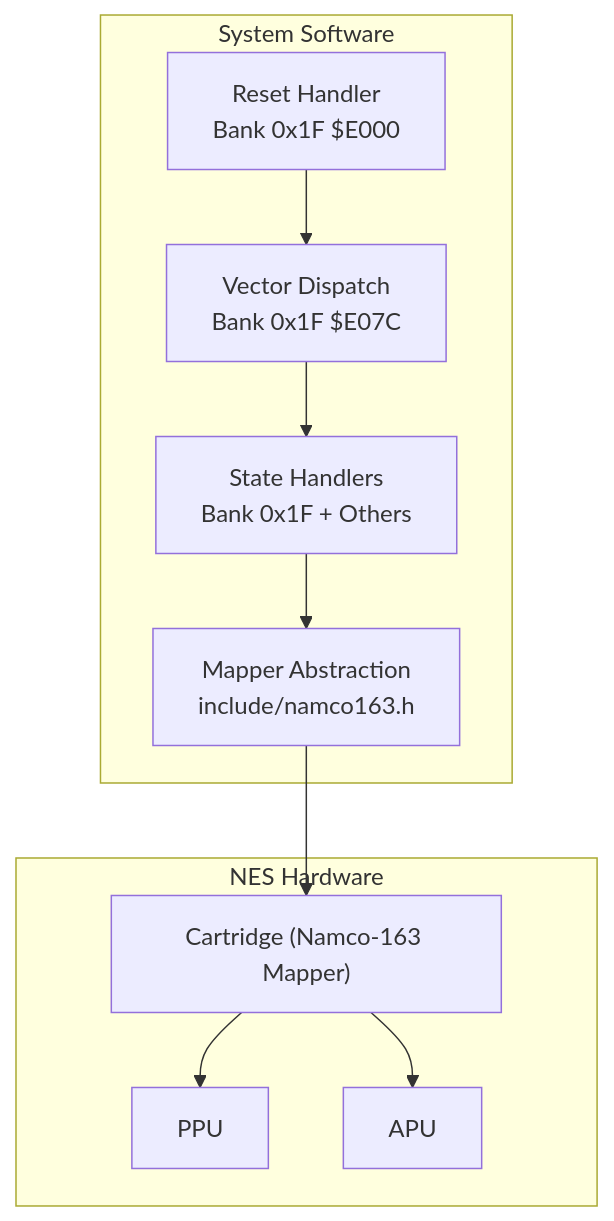
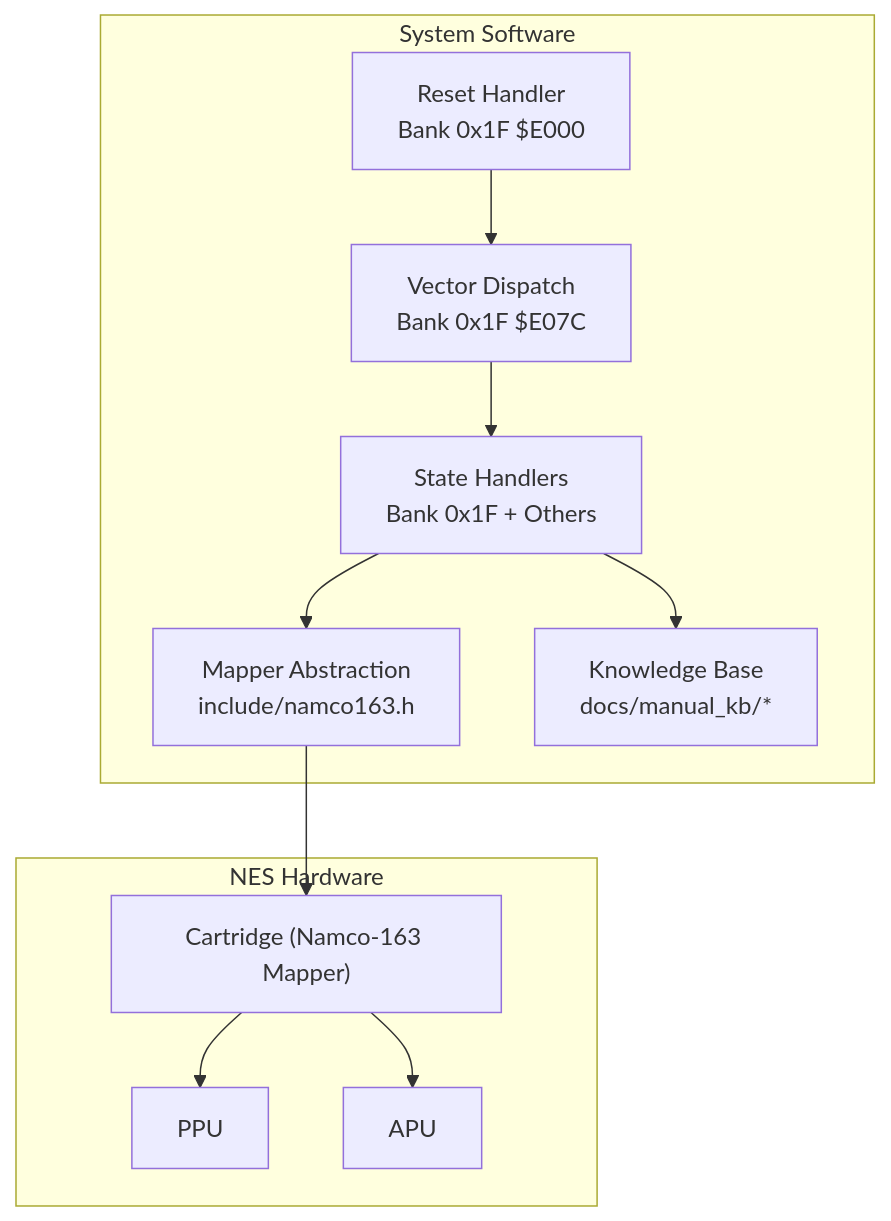
The second of 10 diagrams in .qoder/repowiki/en/content/Project Overview/Project Overview.md (rabbyzero/sango2dasm), drawn with Mermaid before and after one commit. The commit also changed other lines of this file and 117 other files, not shown here.

````diff
--- a/.qoder/repowiki/en/content/Project Overview/Project Overview.md
+++ b/.qoder/repowiki/en/content/Project Overview/Project Overview.md
@@ -117,20 +132,22 @@
 ```mermaid
 graph TB
 subgraph "NES Hardware"
 PPU["PPU"]
 APU["APU"]
 CART["Cartridge (Namco-163 Mapper)"]
 end
 subgraph "System Software"
 RST["Reset Handler<br/>Bank 0x1F $E000"]
 VEC["Vector Dispatch<br/>Bank 0x1F $E07C"]
 STATE["State Handlers<br/>Bank 0x1F + Others"]
 MAP["Mapper Abstraction<br/>include/namco163.h"]
+KB["Knowledge Base<br/>docs/manual_kb/*"]
 end
 RST --> VEC
 VEC --> STATE
 STATE --> MAP
+STATE --> KB
 MAP --> CART
 CART --> PPU
 CART --> APU
 ```
````
